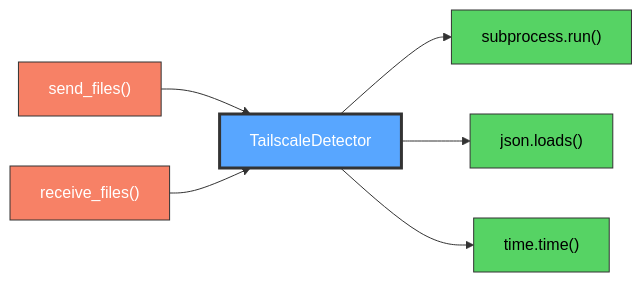
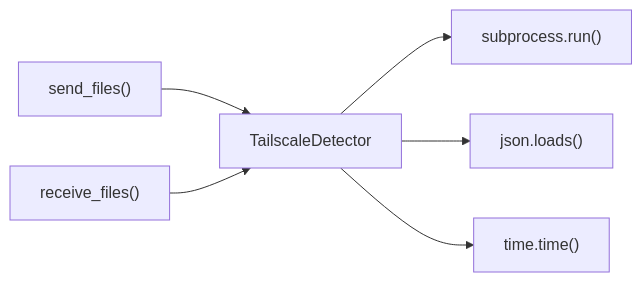
The diagram in docs/tailscaledetector.md (proudsunburn/ftransfer), drawn with Mermaid before and after one commit. The commit also changed 23 other files, not shown here.

Commit message:
MINOR: Remove colors from mermaid for easy light/dark mode switching

````diff
--- a/docs/tailscaledetector.md
+++ b/docs/tailscaledetector.md
@@ -11,19 +11,15 @@
 ```mermaid
 graph LR
-    send_files["send_files()"]:::red
-    receive_files["receive_files()"]:::red
-    tailscaledetector["TailscaleDetector"]:::highlight
-    subprocess_run["subprocess.run()"]:::green
-    json_loads["json.loads()"]:::green
-    time_time["time.time()"]:::green
+    send_files["send_files()"]
+    receive_files["receive_files()"]
+    tailscaledetector["TailscaleDetector"]
+    subprocess_run["subprocess.run()"]
+    json_loads["json.loads()"]
+    time_time["time.time()"]
 
     send_files --> tailscaledetector
     receive_files --> tailscaledetector
     tailscaledetector --> subprocess_run
     tailscaledetector --> json_loads
     tailscaledetector --> time_time
-
-    classDef red fill:#f78166,stroke:#333,color:#fff
-    classDef highlight fill:#58a6ff,stroke:#333,color:#fff,stroke-width:3px
-    classDef green fill:#56d364,stroke:#333,color:#000
 ```
````
